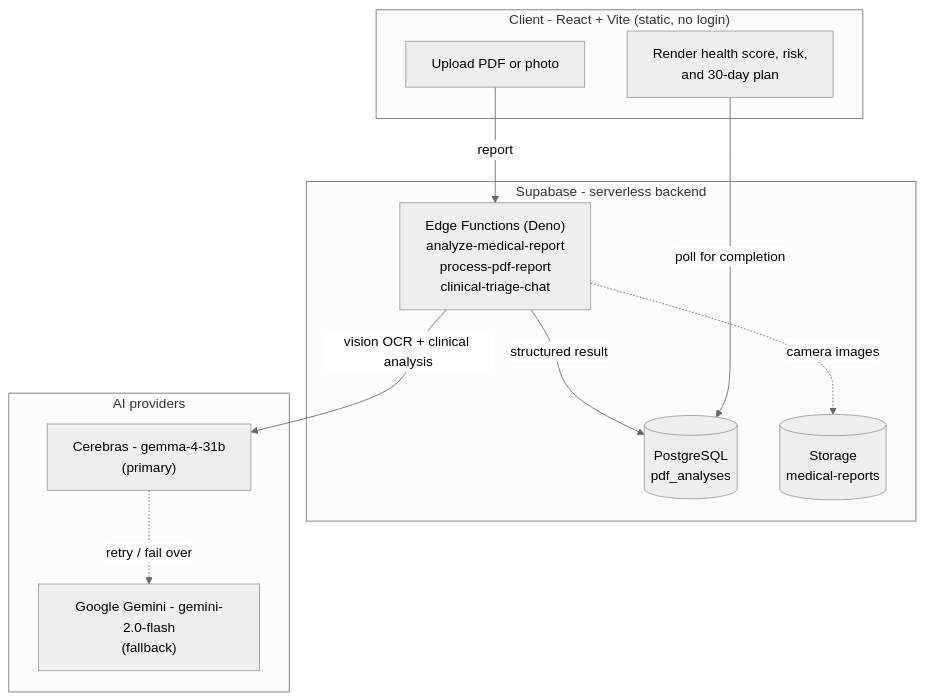
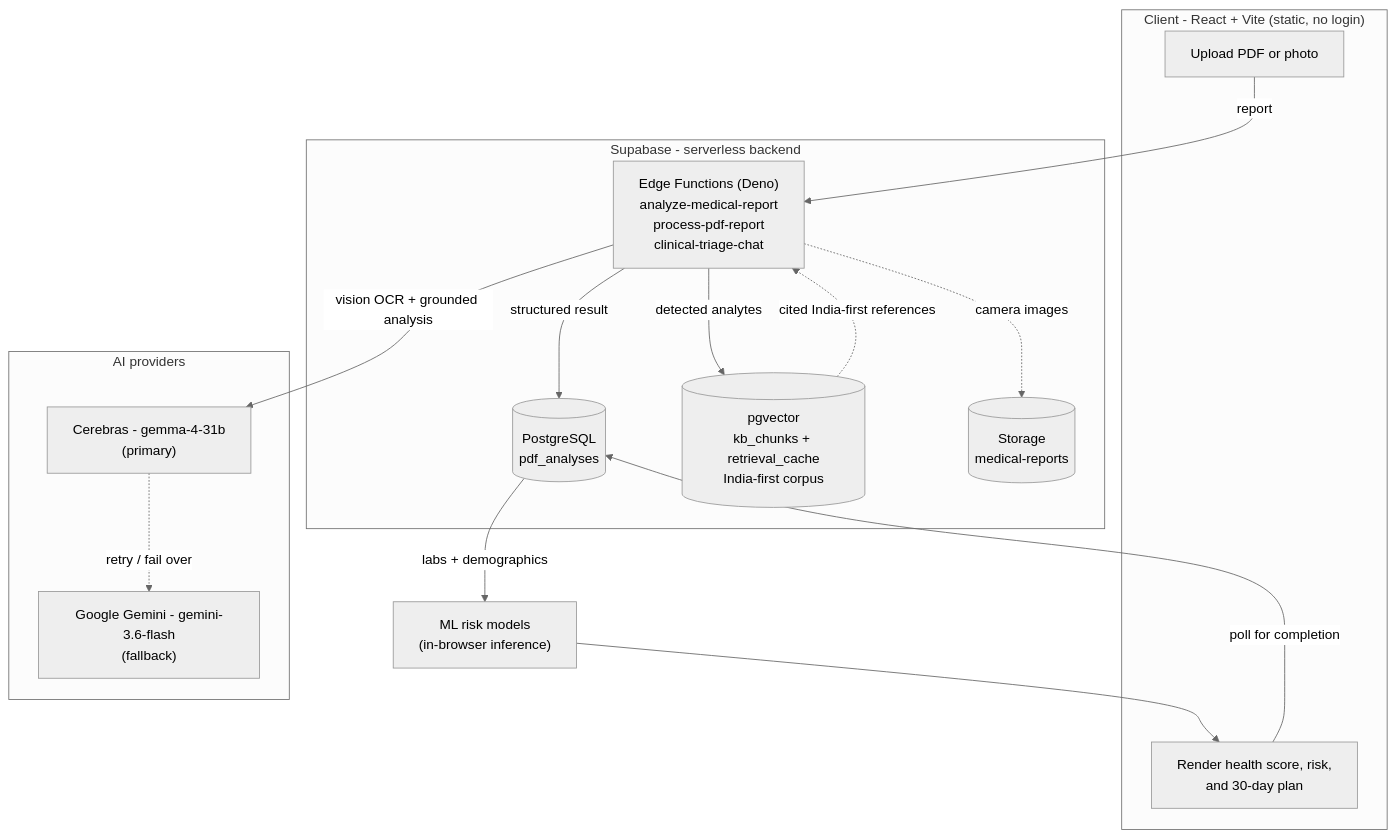
One commit to zayedongit/diagassist-ai changed the diagram in README.md. Above: the diagram before and after it, drawn with Mermaid (neutral theme). The commit also changed other lines of this file, not shown here.

First line of the commit message:
docs: document RAG grounding, ML risk models, eval harness + CI in README

````diff
--- a/README.md
+++ b/README.md
@@ -98,25 +101,30 @@
 ```mermaid
 flowchart TD
     subgraph Client["Client - React + Vite (static, no login)"]
       A["Upload PDF or photo"]
       R["Render health score, risk,<br/>and 30-day plan"]
     end
 
     subgraph Backend["Supabase - serverless backend"]
       EF["Edge Functions (Deno)<br/>analyze-medical-report<br/>process-pdf-report<br/>clinical-triage-chat"]
       DB[("PostgreSQL<br/>pdf_analyses")]
+      KB[("pgvector<br/>kb_chunks + retrieval_cache<br/>India-first corpus")]
       ST[("Storage<br/>medical-reports")]
     end
 
     subgraph AI["AI providers"]
       C["Cerebras - gemma-4-31b<br/>(primary)"]
-      G["Google Gemini - gemini-2.0-flash<br/>(fallback)"]
+      G["Google Gemini - gemini-3.6-flash<br/>(fallback)"]
     end
 
     A -->|report| EF
-    EF -->|vision OCR + clinical analysis| C
+    EF -->|detected analytes| KB
+    KB -.cited India-first references.-> EF
+    EF -->|vision OCR + grounded analysis| C
     C -. retry / fail over .-> G
     EF -->|structured result| DB
+    DB -->|labs + demographics| ML["ML risk models<br/>(in-browser inference)"]
+    ML --> R
     R -->|poll for completion| DB
     EF -. camera images .-> ST
 ```
````
